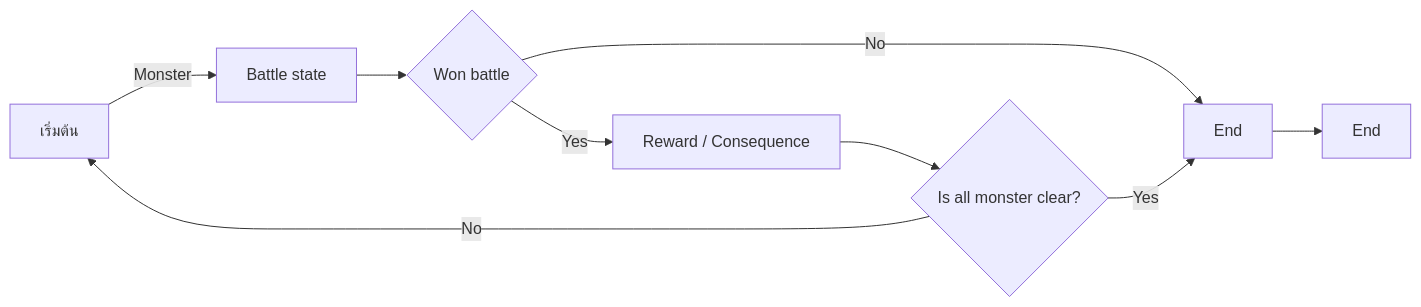
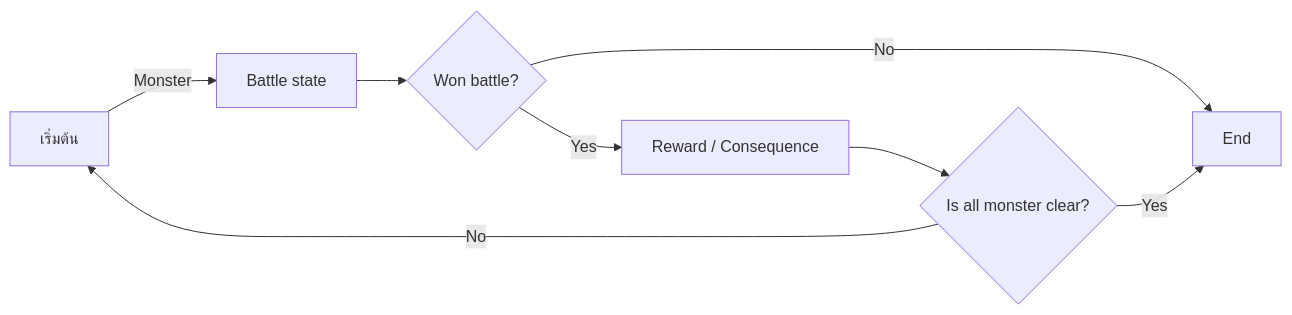
The diagram in 01-core-loop.md (ArissamanSLM/Dg225-Team10_Project_Lobotomy), drawn with Mermaid before and after one commit.

Commit message:
Clarify battle outcome decision in flowchart

````diff
--- a/01-core-loop.md
+++ b/01-core-loop.md
@@ -10,12 +10,12 @@
 ```mermaid
 flowchart LR
     A[เริ่มต้น] -- Monster --> B[Battle state]
-    B --> C{Won battle}
+    B --> C{Won battle?}
     C -- Yes --> D[Reward / Consequence]
     C -- No --> E[End]
     D --> F{Is all monster clear?}
     F -- Yes --> E
     F -- No --> A
-    E --> G[End]
+    
 
 ```
````
